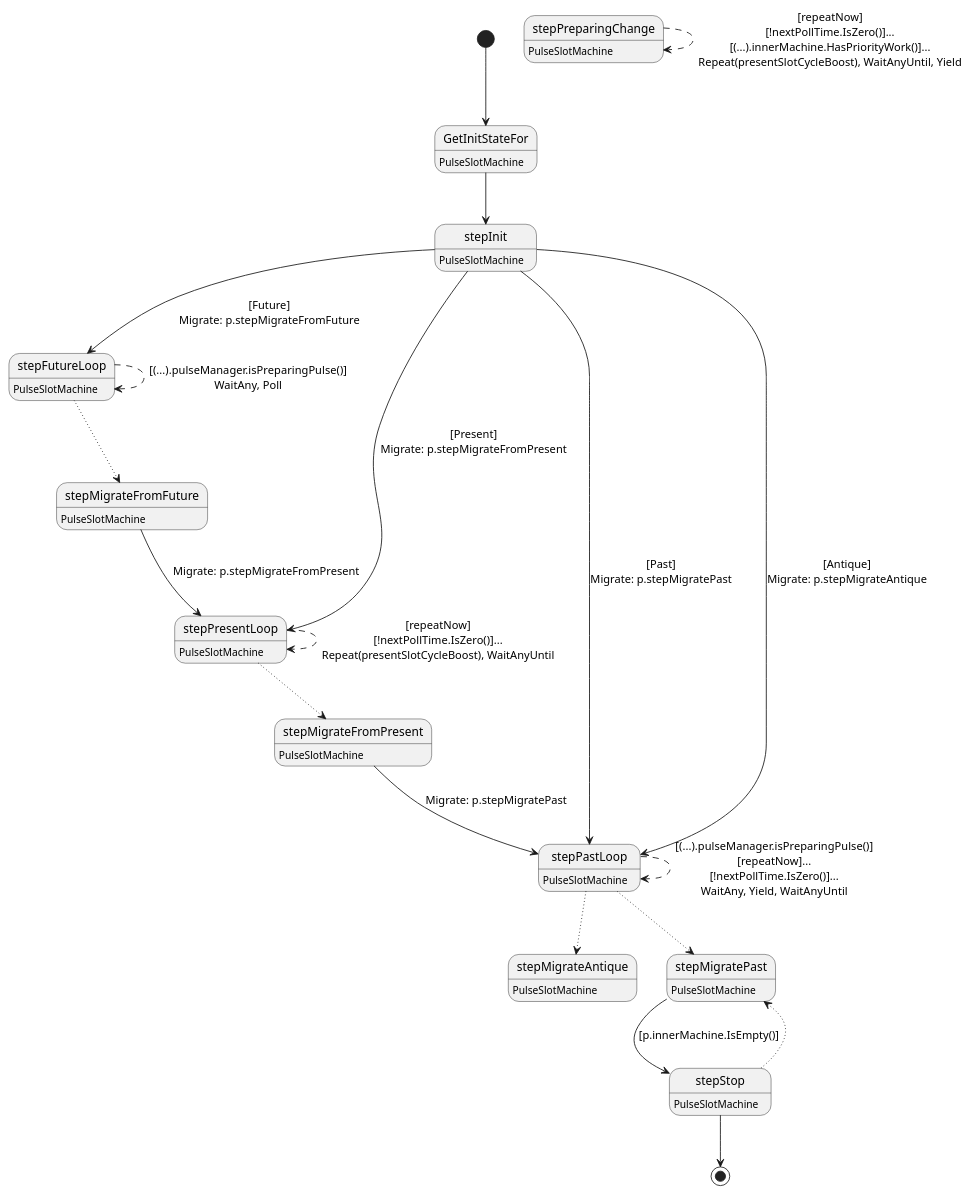
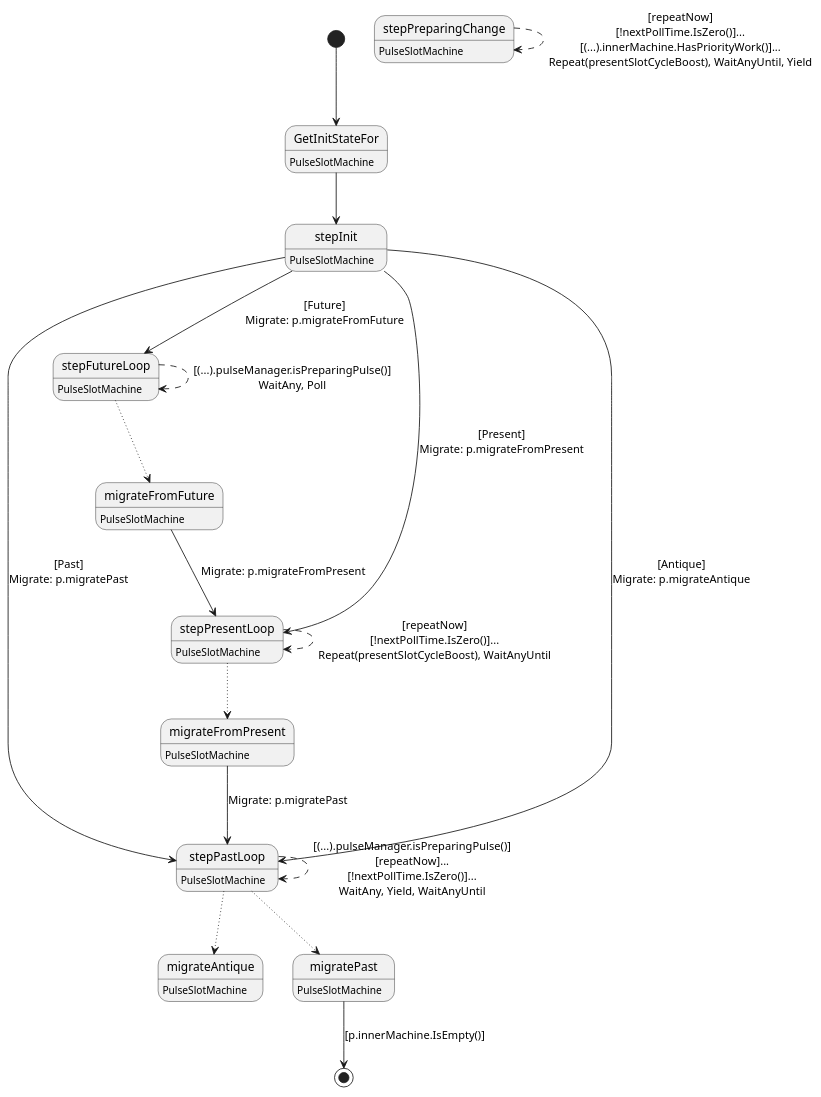
Before and after one commit to insolar/assured-ledger: the diagram in ledger-core/conveyor/sm_pulse_slot.plantuml, drawn with PlantUML.

Commit message:
Fix generate

```diff
--- a/ledger-core/conveyor/sm_pulse_slot.plantuml
+++ b/ledger-core/conveyor/sm_pulse_slot.plantuml
@@ -1,43 +1,39 @@
 @startuml
 state "GetInitStateFor" as T00_S001
 T00_S001 : PulseSlotMachine
 [*] --> T00_S001
 T00_S001 --> T00_S002
-state "stepFutureLoop" as T00_S004
+state "migrateAntique" as T00_S010
+T00_S010 : PulseSlotMachine
+state "migrateFromFuture" as T00_S004
 T00_S004 : PulseSlotMachine
-T00_S004 --[dotted]> T00_S005
-T00_S004 --[dashed]> T00_S004 : [(...).pulseManager.isPreparingPulse()]\nWaitAny, Poll
+T00_S004 --> T00_S005 : Migrate: p.migrateFromPresent
+state "migrateFromPresent" as T00_S007
+T00_S007 : PulseSlotMachine
+T00_S007 --> T00_S008 : Migrate: p.migratePast
+state "migratePast" as T00_S009
+T00_S009 : PulseSlotMachine
+T00_S009 --> [*] : [p.innerMachine.IsEmpty()]
+state "stepFutureLoop" as T00_S003
+T00_S003 : PulseSlotMachine
+T00_S003 --[dotted]> T00_S004
+T00_S003 --[dashed]> T00_S003 : [(...).pulseManager.isPreparingPulse()]\nWaitAny, Poll
 state "stepInit" as T00_S002
 T00_S002 : PulseSlotMachine
-T00_S002 --> T00_S004 : [Future]\nMigrate: p.stepMigrateFromFuture
-T00_S002 --> T00_S006 : [Present]\nMigrate: p.stepMigrateFromPresent
-T00_S002 --> T00_S009 : [Past]\nMigrate: p.stepMigratePast
-T00_S002 --> T00_S009 : [Antique]\nMigrate: p.stepMigrateAntique
-state "stepMigrateAntique" as T00_S011
-T00_S011 : PulseSlotMachine
-state "stepMigrateFromFuture" as T00_S005
+T00_S002 --> T00_S003 : [Future]\nMigrate: p.migrateFromFuture
+T00_S002 --> T00_S005 : [Present]\nMigrate: p.migrateFromPresent
+T00_S002 --> T00_S008 : [Past]\nMigrate: p.migratePast
+T00_S002 --> T00_S008 : [Antique]\nMigrate: p.migrateAntique
+state "stepPastLoop" as T00_S008
+T00_S008 : PulseSlotMachine
+T00_S008 --[dotted]> T00_S010
+T00_S008 --[dotted]> T00_S009
+T00_S008 --[dashed]> T00_S008 : [(...).pulseManager.isPreparingPulse()]\n[repeatNow]...\n[!nextPollTime.IsZero()]...\nWaitAny, Yield, WaitAnyUntil
+state "stepPreparingChange" as T00_S006
+T00_S006 : PulseSlotMachine
+T00_S006 --[dashed]> T00_S006 : [repeatNow]\n[!nextPollTime.IsZero()]...\n[(...).innerMachine.HasPriorityWork()]...\nRepeat(presentSlotCycleBoost), WaitAnyUntil, Yield
+state "stepPresentLoop" as T00_S005
 T00_S005 : PulseSlotMachine
-T00_S005 --> T00_S006 : Migrate: p.stepMigrateFromPresent
-state "stepMigrateFromPresent" as T00_S008
-T00_S008 : PulseSlotMachine
-T00_S008 --> T00_S009 : Migrate: p.stepMigratePast
-state "stepMigratePast" as T00_S010
-T00_S010 : PulseSlotMachine
-T00_S010 --> T00_S003 : [p.innerMachine.IsEmpty()]
-state "stepPastLoop" as T00_S009
-T00_S009 : PulseSlotMachine
-T00_S009 --[dotted]> T00_S011
-T00_S009 --[dotted]> T00_S010
-T00_S009 --[dashed]> T00_S009 : [(...).pulseManager.isPreparingPulse()]\n[repeatNow]...\n[!nextPollTime.IsZero()]...\nWaitAny, Yield, WaitAnyUntil
-state "stepPreparingChange" as T00_S007
-T00_S007 : PulseSlotMachine
-T00_S007 --[dashed]> T00_S007 : [repeatNow]\n[!nextPollTime.IsZero()]...\n[(...).innerMachine.HasPriorityWork()]...\nRepeat(presentSlotCycleBoost), WaitAnyUntil, Yield
-state "stepPresentLoop" as T00_S006
-T00_S006 : PulseSlotMachine
-T00_S006 --[dotted]> T00_S008
-T00_S006 --[dashed]> T00_S006 : [repeatNow]\n[!nextPollTime.IsZero()]...\nRepeat(presentSlotCycleBoost), WaitAnyUntil
-state "stepStop" as T00_S003
-T00_S003 : PulseSlotMachine
-T00_S003 --[dotted]> T00_S010
-T00_S003 --> [*]
+T00_S005 --[dotted]> T00_S007
+T00_S005 --[dashed]> T00_S005 : [repeatNow]\n[!nextPollTime.IsZero()]...\nRepeat(presentSlotCycleBoost), WaitAnyUntil
 @enduml
```
